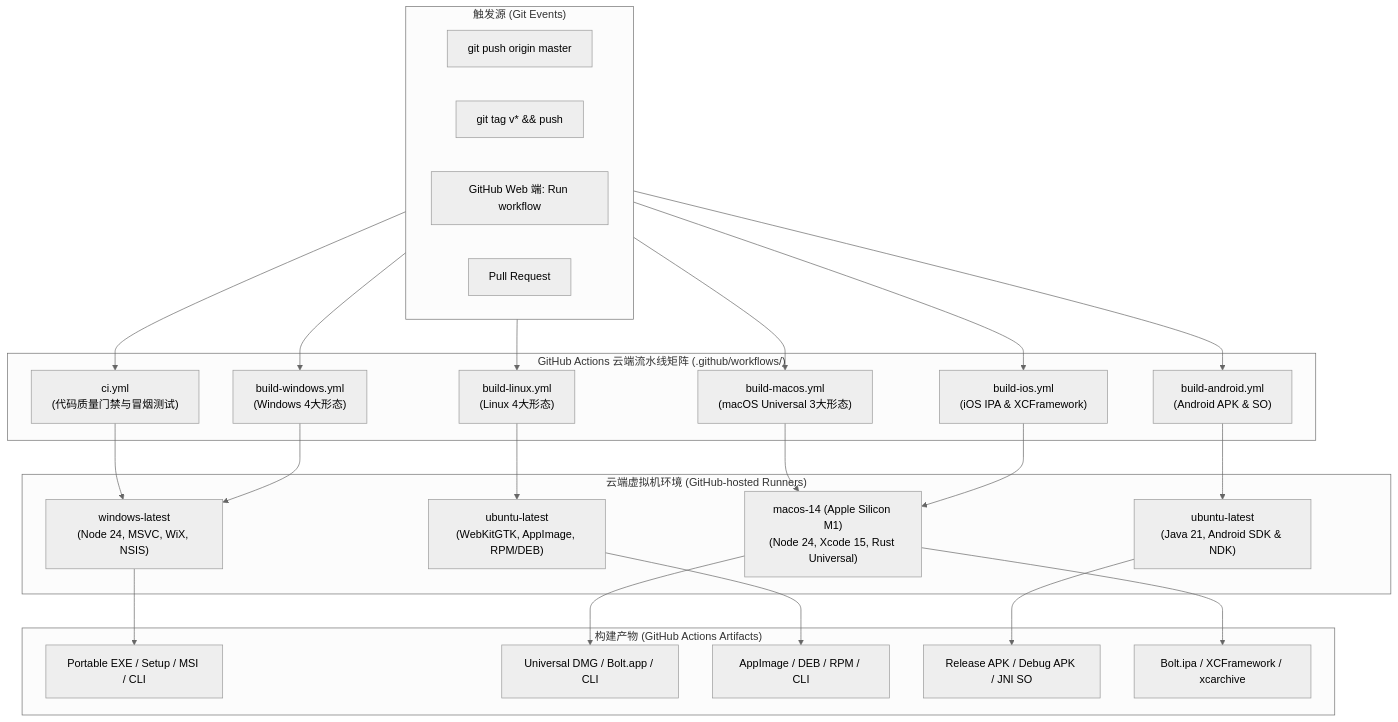
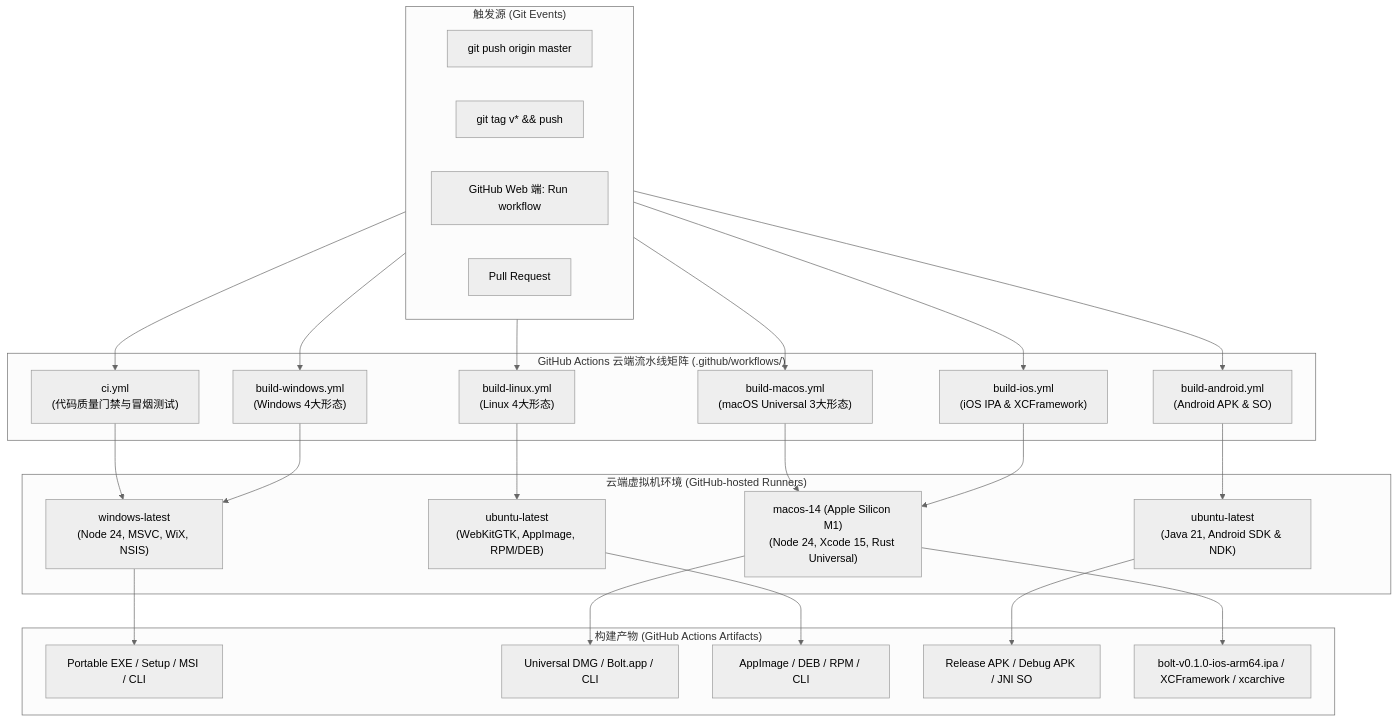
Before and after one commit to gengzhy/bolt: the diagram in docs/github_actions_guide.md, drawn with Mermaid (neutral theme). The commit also changed other lines of this file and 36 other files, not shown here.

````diff
--- a/docs/github_actions_guide.md
+++ b/docs/github_actions_guide.md
@@ -11,47 +11,47 @@
 ```mermaid
 graph TD
     subgraph Triggers ["触发源 (Git Events)"]
         Push["git push origin master"]
         Tag["git tag v* && push"]
         Manual["GitHub Web 端: Run workflow"]
         PR["Pull Request"]
     end
 
     subgraph Workflows ["GitHub Actions 云端流水线矩阵 (.github/workflows/)"]
         CI["ci.yml<br/>(代码质量门禁与冒烟测试)"]
         Win["build-windows.yml<br/>(Windows 4大形态)"]
         Mac["build-macos.yml<br/>(macOS Universal 3大形态)"]
         Linux["build-linux.yml<br/>(Linux 4大形态)"]
         Android["build-android.yml<br/>(Android APK & SO)"]
         iOS["build-ios.yml<br/>(iOS IPA & XCFramework)"]
     end
 
     subgraph Runners ["云端虚拟机环境 (GitHub-hosted Runners)"]
         R_Win["windows-latest<br/>(Node 24, MSVC, WiX, NSIS)"]
         R_Mac["macos-14 (Apple Silicon M1)<br/>(Node 24, Xcode 15, Rust Universal)"]
         R_Linux["ubuntu-latest<br/>(WebKitGTK, AppImage, RPM/DEB)"]
         R_Android["ubuntu-latest<br/>(Java 21, Android SDK & NDK)"]
     end
 
     subgraph Artifacts ["构建产物 (GitHub Actions Artifacts)"]
         A_Win["Portable EXE / Setup / MSI / CLI"]
         A_Mac["Universal DMG / Bolt.app / CLI"]
         A_Linux["AppImage / DEB / RPM / CLI"]
         A_Android["Release APK / Debug APK / JNI SO"]
-        A_iOS["Bolt.ipa / XCFramework / xcarchive"]
+        A_iOS["bolt-v0.1.0-ios-arm64.ipa / XCFramework / xcarchive"]
     end
 
     Triggers --> CI
     Triggers --> Win
     Triggers --> Mac
     Triggers --> Linux
     Triggers --> Android
     Triggers --> iOS
 
     CI --> R_Win
     Win --> R_Win --> A_Win
     Mac --> R_Mac --> A_Mac
     Linux --> R_Linux --> A_Linux
     Android --> R_Android --> A_Android
     iOS --> R_Mac --> A_iOS
 ```
````
